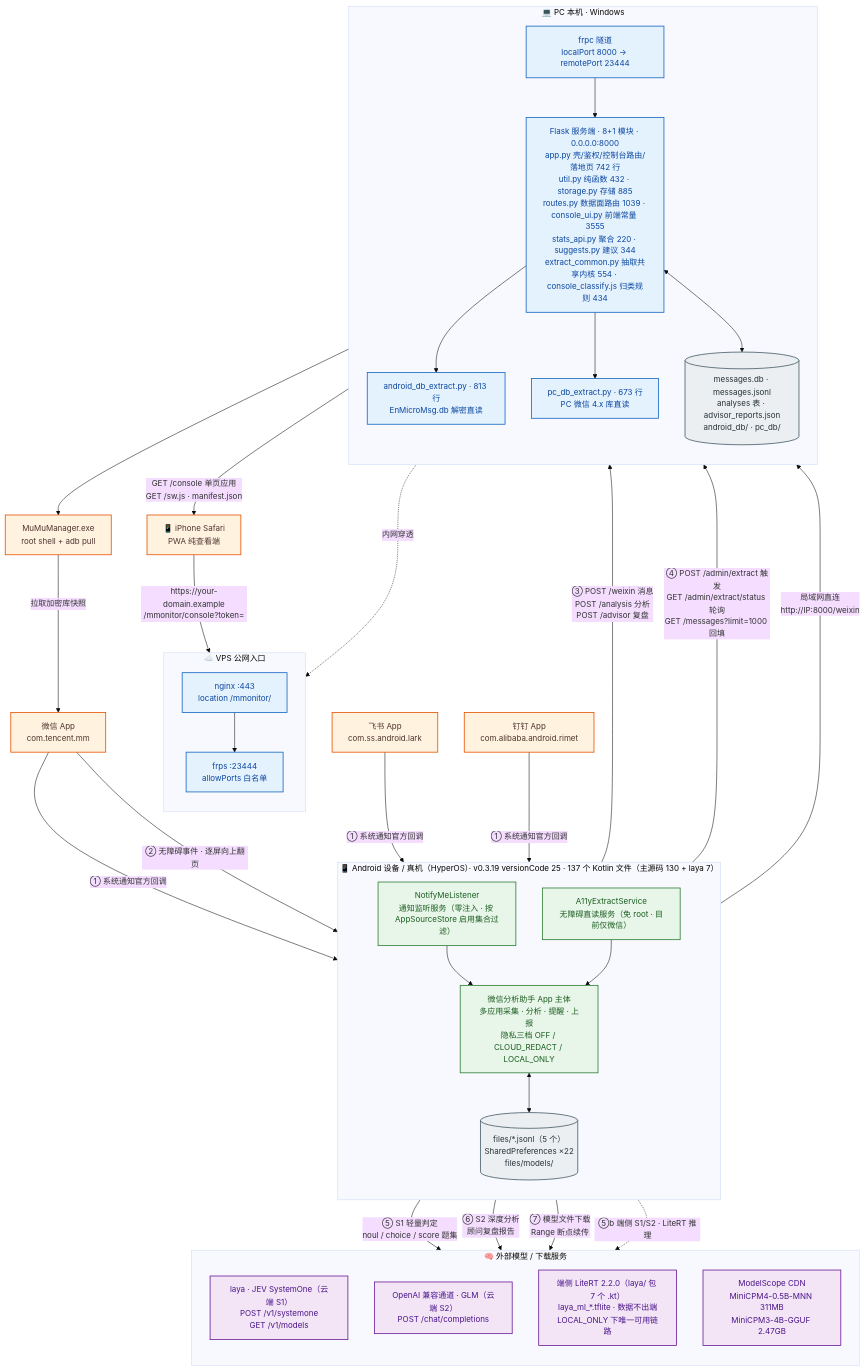
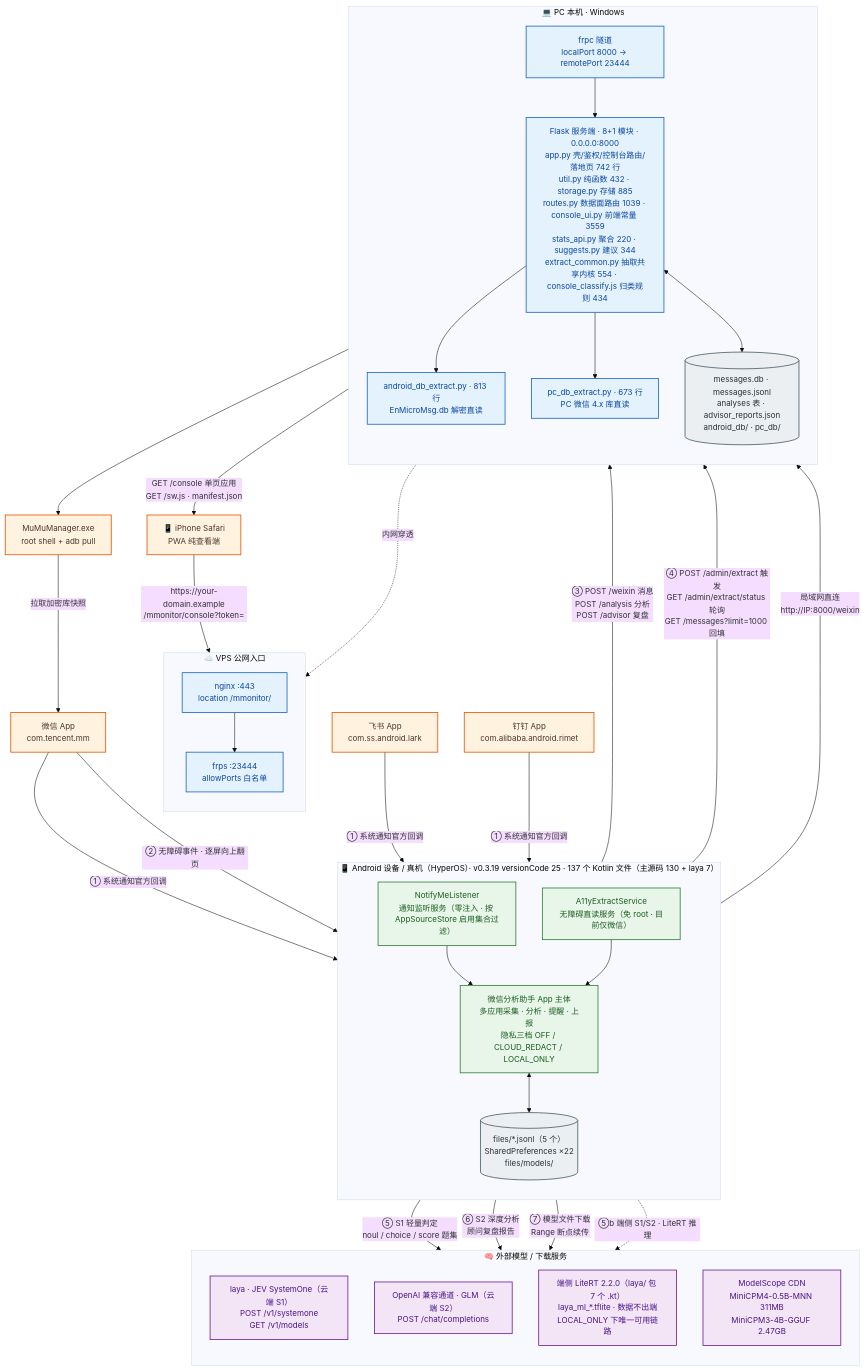
One commit to solidjoker/notifyme changed the diagram in docs/architecture/diagrams/01-system-context.mmd. Above: the diagram before and after it, drawn with Mermaid. The commit also changed 12 other files, not shown here.

```diff
--- a/docs/architecture/diagrams/01-system-context.mmd
+++ b/docs/architecture/diagrams/01-system-context.mmd
@@ -1,70 +1,70 @@
 %%{init: {'theme':'base','themeVariables':{'fontSize':'15px','fontFamily':'Microsoft YaHei, PingFang SC, sans-serif'},'flowchart':{'htmlLabels':true,'curve':'basis'}}}%%
 flowchart TB
     classDef ext  fill:#fff3e0,stroke:#e65100,stroke-width:1.5px,color:#4e342e
     classDef app  fill:#e8f5e9,stroke:#2e7d32,stroke-width:1.5px,color:#1b5e20
     classDef srv  fill:#e3f2fd,stroke:#1565c0,stroke-width:1.5px,color:#0d47a1
     classDef llm  fill:#f3e5f5,stroke:#6a1b9a,stroke-width:1.5px,color:#4a148c
     classDef store fill:#eceff1,stroke:#455a64,stroke-width:1.5px,color:#263238
 
     WX["微信 App<br/>com.tencent.mm"]:::ext
     FS["飞书 App<br/>com.ss.android.lark"]:::ext
     DT["钉钉 App<br/>com.alibaba.android.rimet"]:::ext
 
     subgraph DEV["📱 Android 设备 / 真机（HyperOS）· v0.3.19 versionCode 25 · 137 个 Kotlin 文件（主源码 130 + laya 7）"]
         direction TB
         NL["NotifyMeListener<br/>通知监听服务（零注入 · 按 AppSourceStore 启用集合过滤）"]:::app
         A11Y["A11yExtractService<br/>无障碍直读服务（免 root · 目前仅微信）"]:::app
         CORE["微信分析助手 App 主体<br/>多应用采集 · 分析 · 提醒 · 上报<br/>隐私三档 OFF / CLOUD_REDACT / LOCAL_ONLY"]:::app
         STORE[("files/*.jsonl（5 个）<br/>SharedPreferences ×22<br/>files/models/")]:::store
         NL --> CORE
         A11Y --> CORE
         CORE <--> STORE
     end
 
     subgraph HOST["💻 PC 本机 · Windows"]
         direction TB
-        FLASK["Flask 服务端 · 8+1 模块 · 0.0.0.0:8000<br/>app.py 壳/鉴权/控制台路由/落地页 742 行<br/>util.py 纯函数 432 · storage.py 存储 885<br/>routes.py 数据面路由 1039 · console_ui.py 前端常量 3555<br/>stats_api.py 聚合 220 · suggests.py 建议 344<br/>extract_common.py 抽取共享内核 554 · console_classify.js 归类规则 434"]:::srv
+        FLASK["Flask 服务端 · 8+1 模块 · 0.0.0.0:8000<br/>app.py 壳/鉴权/控制台路由/落地页 742 行<br/>util.py 纯函数 432 · storage.py 存储 885<br/>routes.py 数据面路由 1039 · console_ui.py 前端常量 3559<br/>stats_api.py 聚合 220 · suggests.py 建议 344<br/>extract_common.py 抽取共享内核 554 · console_classify.js 归类规则 434"]:::srv
         ADBEX["android_db_extract.py · 813 行<br/>EnMicroMsg.db 解密直读"]:::srv
         PCEX["pc_db_extract.py · 673 行<br/>PC 微信 4.x 库直读"]:::srv
         DB[("messages.db · messages.jsonl<br/>analyses 表 · advisor_reports.json<br/>android_db/ · pc_db/")]:::store
         FRPC["frpc 隧道<br/>localPort 8000 → remotePort 23444"]:::srv
         FLASK --> ADBEX
         FLASK --> PCEX
         FLASK <--> DB
         FRPC --> FLASK
     end
 
     subgraph VPS["☁️ VPS 公网入口"]
         direction TB
         NGINX["nginx :443<br/>location /mmonitor/"]:::srv
         FRPS["frps :23444<br/>allowPorts 白名单"]:::srv
         NGINX --> FRPS
     end
 
     subgraph AI["🧠 外部模型 / 下载服务"]
         direction TB
         LAYA["laya · JEV SystemOne（云端 S1）<br/>POST /v1/systemone<br/>GET /v1/models"]:::llm
         GLM["OpenAI 兼容通道 · GLM（云端 S2）<br/>POST /chat/completions"]:::llm
         LITE["端侧 LiteRT 2.2.0（laya/ 包 7 个 .kt）<br/>laya_ml_*.tflite · 数据不出端<br/>LOCAL_ONLY 下唯一可用链路"]:::llm
         MS["ModelScope CDN<br/>MiniCPM4-0.5B-MNN 311MB<br/>MiniCPM3-4B-GGUF 2.47GB"]:::llm
     end
 
     MUMU["MuMuManager.exe<br/>root shell + adb pull"]:::ext
     IPHONE["📱 iPhone Safari<br/>PWA 纯查看端"]:::ext
 
     WX -->|"① 系统通知官方回调"| NL
     FS -->|"① 系统通知官方回调"| NL
     DT -->|"① 系统通知官方回调"| NL
     WX -->|"② 无障碍事件 · 逐屏向上翻页"| A11Y
     CORE -->|"③ POST /weixin 消息<br/>POST /analysis 分析<br/>POST /advisor 复盘"| FLASK
     CORE -->|"④ POST /admin/extract 触发<br/>GET /admin/extract/status 轮询<br/>GET /messages?limit=1000 回填"| FLASK
     CORE -->|"⑤ S1 轻量判定<br/>noul / choice / score 题集"| LAYA
     CORE -->|"⑥ S2 深度分析<br/>顾问复盘报告"| GLM
     CORE -->|"⑦ 模型文件下载<br/>Range 断点续传"| MS
     CORE -.->|"⑤b 端侧 S1/S2 · LiteRT 推理"| LITE
     ADBEX --> MUMU
     MUMU -->|"拉取加密库快照"| WX
     CORE -->|"局域网直连<br/>http://IP:8000/weixin"| FLASK
     FRPC -.->|"内网穿透"| FRPS
     IPHONE -->|"https://your-domain.example<br/>/mmonitor/console?token="| NGINX
     FLASK -->|"GET /console 单页应用<br/>GET /sw.js · manifest.json"| IPHONE
```
